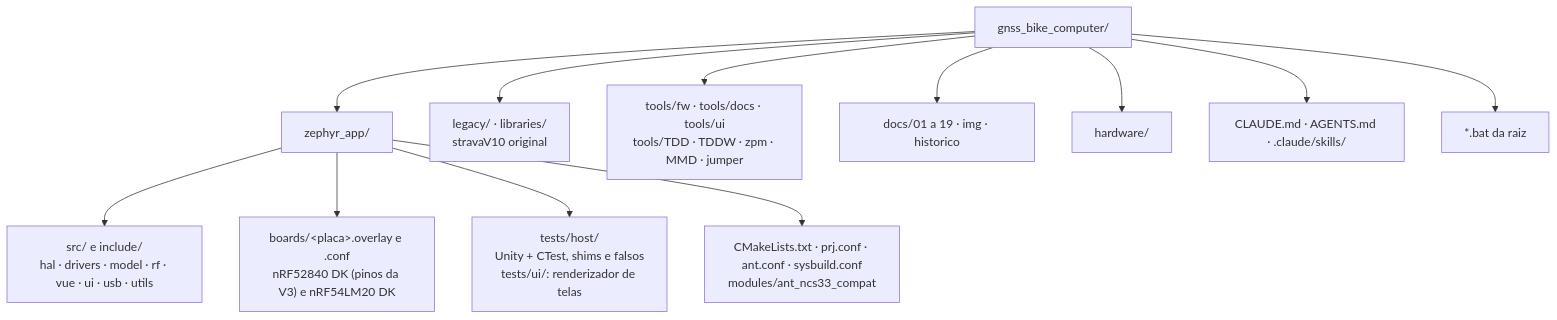
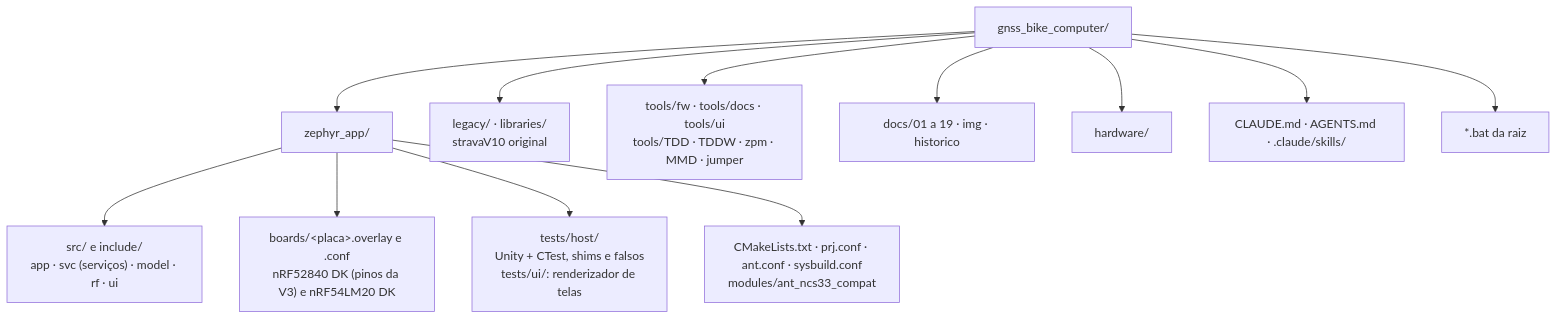
The first of 2 diagrams in CLAUDE.md (Guiimartinho/gnss-bike-computer), drawn with Mermaid before and after one commit. The commit also changed other lines of this file and 110 other files, not shown here.

````diff
--- a/CLAUDE.md
+++ b/CLAUDE.md
@@ -58,15 +58,15 @@
 ```mermaid
 flowchart TB
     ROOT["gnss_bike_computer/"]
     ROOT --> ZA["zephyr_app/"]
-    ZA --> ZS["src/ e include/<br/>hal · drivers · model · rf · vue · ui · usb · utils"]
+    ZA --> ZS["src/ e include/<br/>app · svc (serviços) · model · rf · ui"]
     ZA --> ZB["boards/&lt;placa&gt;.overlay e .conf<br/>nRF52840 DK (pinos da V3) e nRF54LM20 DK"]
     ZA --> ZT["tests/host/<br/>Unity + CTest, shims e falsos<br/>tests/ui/: renderizador de telas"]
     ZA --> ZC["CMakeLists.txt · prj.conf · ant.conf · sysbuild.conf<br/>modules/ant_ncs33_compat"]
     ROOT --> LEG["legacy/ · libraries/<br/>stravaV10 original"]
     ROOT --> TOOLS["tools/fw · tools/docs · tools/ui<br/>tools/TDD · TDDW · zpm · MMD · jumper"]
     ROOT --> DOCS["docs/01 a 19 · img · historico"]
     ROOT --> HW["hardware/"]
     ROOT --> AI["CLAUDE.md · AGENTS.md · .claude/skills/"]
     ROOT --> BAT["*.bat da raiz"]
 ```
````
